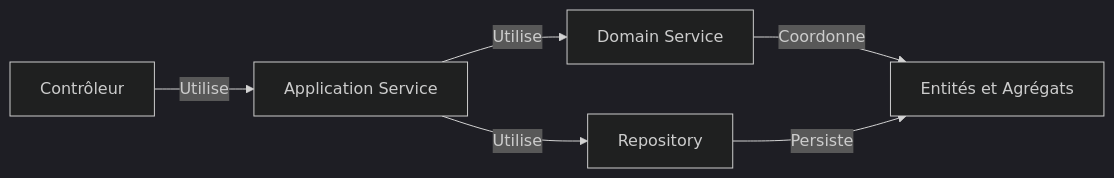
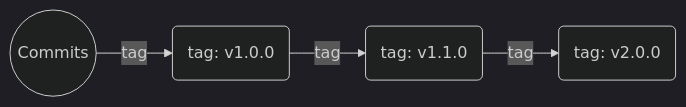
Before and after one commit to Tan-Software/bonnes-pratiques-git: the sixth of 11 diagrams in README.md, drawn with Mermaid (dark theme). The commit also changed other lines of this file, not shown here.

````diff
--- a/README.md
+++ b/README.md
@@ -619,8 +210,6 @@
 ```mermaid
-	graph LR
-    A[Contrôleur] -- Utilise --> B[Application Service]
-    B -- Utilise --> C[Domain Service]
-    B -- Utilise --> D[Repository]
-    C -- Coordonne --> E[Entités et Agrégats]
-    D -- Persiste --> E
+graph LR
+A((Commits)) -- tag --> B(tag: v1.0.0)
+B -- tag --> C(tag: v1.1.0)
+C -- tag --> D(tag: v2.0.0)
 ```
````
